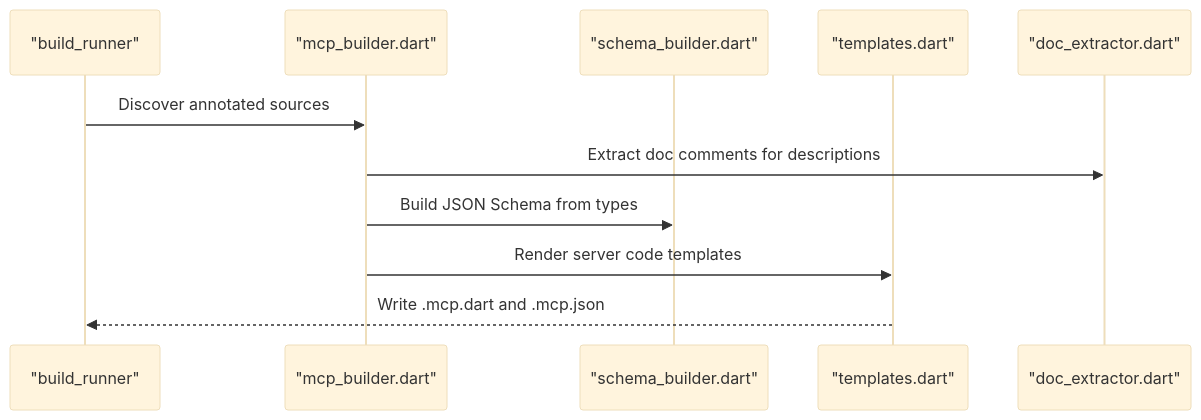
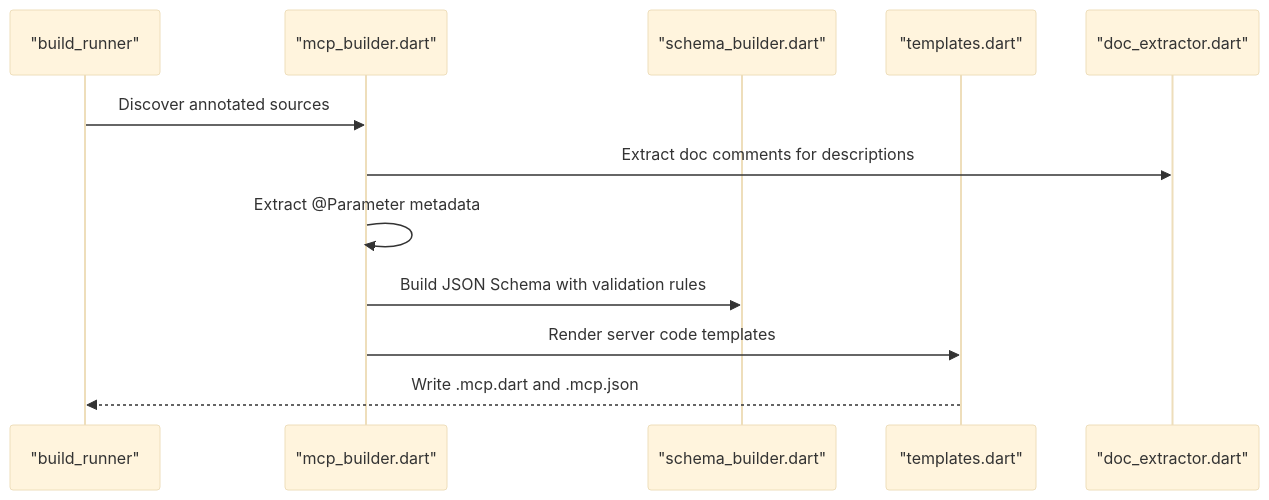
The fourth of 9 diagrams in .qoder/repowiki/en/content/Development Guide.md (cdavis-code/easy_mcp_workspace), drawn with Mermaid (base theme) before and after one commit. The commit also changed other lines of this file and 4 other files, not shown here.

````diff
--- a/.qoder/repowiki/en/content/Development Guide.md
+++ b/.qoder/repowiki/en/content/Development Guide.md
@@ -160,13 +185,14 @@
 ```mermaid
 sequenceDiagram
 participant BR as "build_runner"
 participant MB as "mcp_builder.dart"
 participant SB as "schema_builder.dart"
 participant TM as "templates.dart"
 participant DE as "doc_extractor.dart"
 BR->>MB : Discover annotated sources
 MB->>DE : Extract doc comments for descriptions
-MB->>SB : Build JSON Schema from types
+MB->>MB : Extract @Parameter metadata
+MB->>SB : Build JSON Schema with validation rules
 MB->>TM : Render server code templates
 TM-->>BR : Write .mcp.dart and .mcp.json
 ```
````
